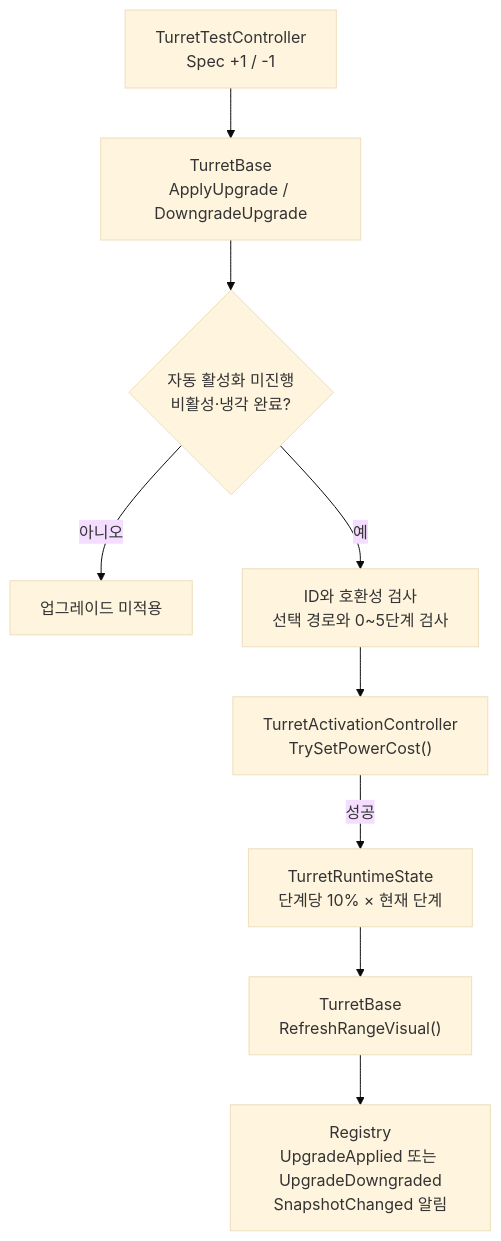
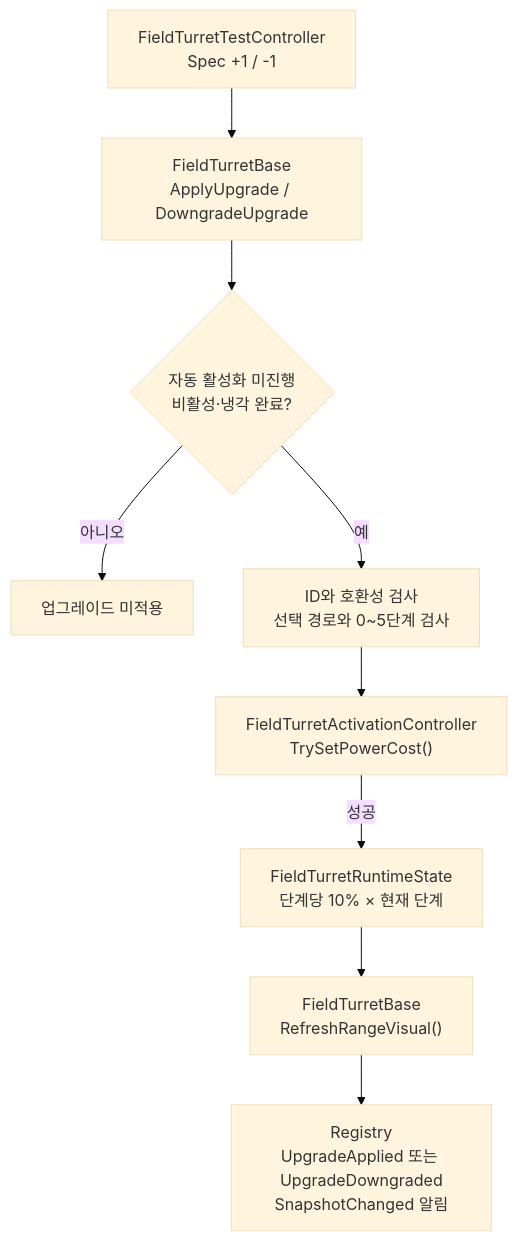
Diagram 12 of 17 in Docs/architecture/turret-system-guide.md (Team-HJD-21/unity-6-the-developer), drawn with Mermaid (base theme) before and after one commit. The commit also changed other lines of this file and 12 other files, not shown here.

Commit message:
docs(field-turret): update names and migration guide

````diff
--- a/Docs/architecture/turret-system-guide.md
+++ b/Docs/architecture/turret-system-guide.md
@@ -536,11 +538,11 @@
 ```mermaid
 flowchart TD
-    UI["TurretTestController<br>Spec +1 / -1"] --> Base["TurretBase<br>ApplyUpgrade / DowngradeUpgrade"]
+    UI["FieldTurretTestController<br>Spec +1 / -1"] --> Base["FieldTurretBase<br>ApplyUpgrade / DowngradeUpgrade"]
     Base --> Gate{"자동 활성화 미진행<br>비활성·냉각 완료?"}
     Gate -->|아니오| Reject["업그레이드 미적용"]
     Gate -->|예| Check["ID와 호환성 검사<br>선택 경로와 0~5단계 검사"]
-    Check --> Power["TurretActivationController<br>TrySetPowerCost()"]
-    Power -->|성공| State["TurretRuntimeState<br>단계당 10% × 현재 단계"]
-    State --> Visual["TurretBase<br>RefreshRangeVisual()"]
+    Check --> Power["FieldTurretActivationController<br>TrySetPowerCost()"]
+    Power -->|성공| State["FieldTurretRuntimeState<br>단계당 10% × 현재 단계"]
+    State --> Visual["FieldTurretBase<br>RefreshRangeVisual()"]
     Visual --> Event["Registry<br>UpgradeApplied 또는 UpgradeDowngraded<br>SnapshotChanged 알림"]
 ```
````
